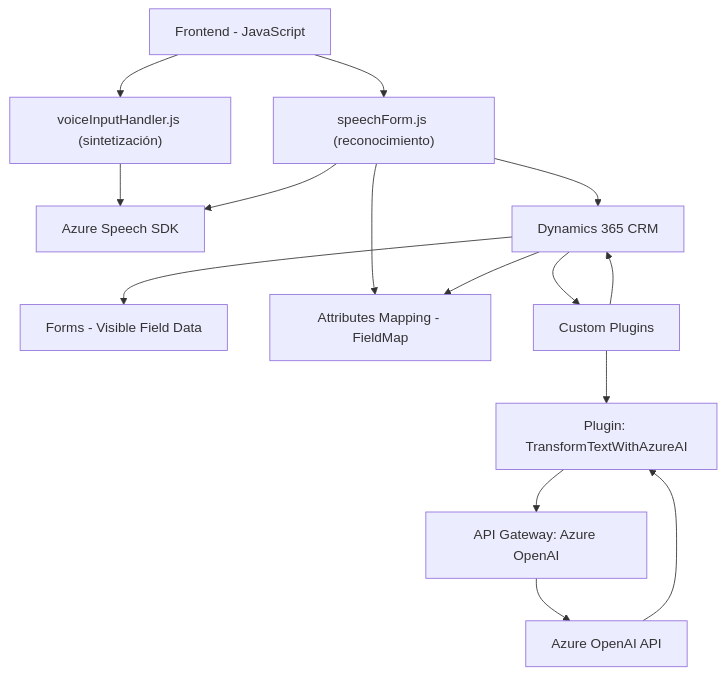
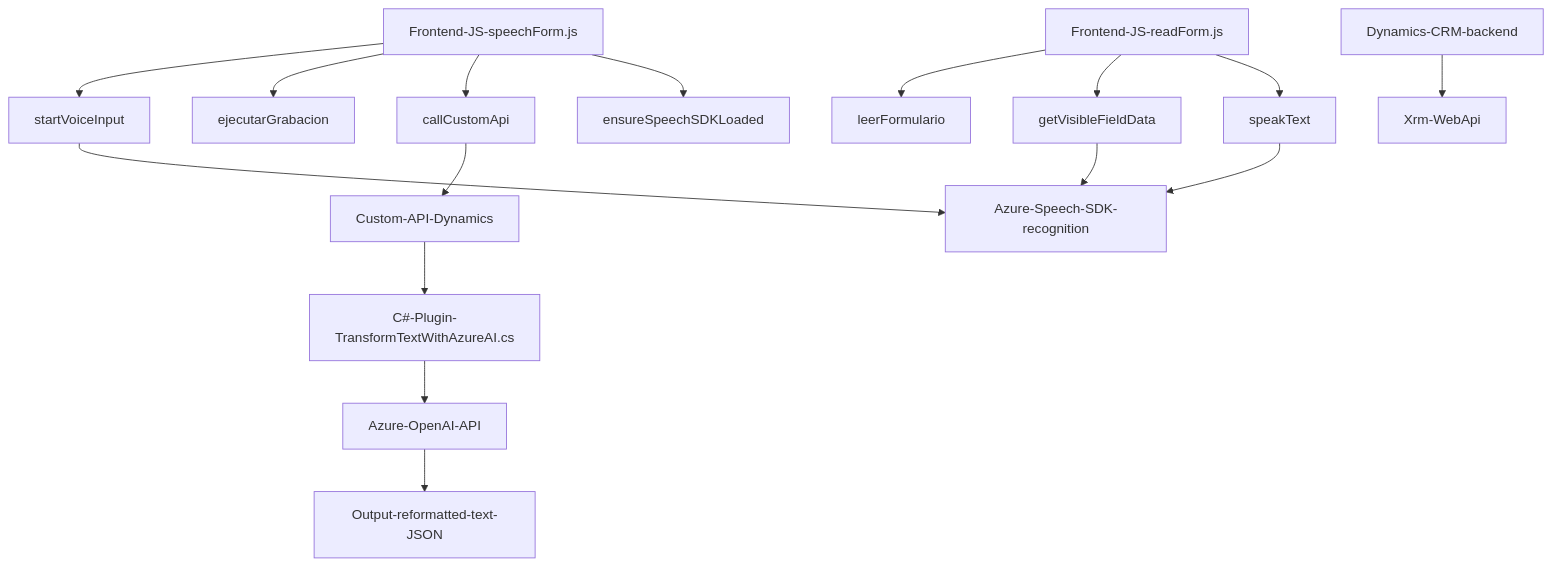
Before and after one commit to blopezdm/NETCORE_BILBAO2025: the diagram in README.md, drawn with Mermaid. The commit also changed other lines of this file, not shown here.

````diff
--- a/README.md
+++ b/README.md
@@ -47,26 +43,18 @@
 ```mermaid
 graph TD
-  A["Frontend - JavaScript"]
-  A1["voiceInputHandler.js (sintetización)"]
-  A2["speechForm.js (reconocimiento)"]
-  B["Azure Speech SDK"]
-  C["Dynamics 365 CRM"]
-  C1["Forms - Visible Field Data"]
-  C2["Attributes Mapping - FieldMap"]
-  D["Custom Plugins"]
-  D1["Plugin: TransformTextWithAzureAI"]
-  D2["API Gateway: Azure OpenAI"]
-  E["Azure OpenAI API"]
-
-  A --> A1
-  A --> A2
-  A1 --> B
-  A2 --> B
-  A2 --> C2
-  C --> C1
-  C --> C2
-  A2 --> C
-  C --> D --> D1 --> D2 --> E
-  D --> C
-  E --> D1
+    A["Frontend-JS-speechForm.js"] --> B["startVoiceInput"]
+    A --> C["ejecutarGrabacion"]
+    A --> D["callCustomApi"]
+    A --> E["ensureSpeechSDKLoaded"]
+    B --> F["Azure-Speech-SDK-recognition"]
+    D --> G["Custom-API-Dynamics"]
+    H["Frontend-JS-readForm.js"] --> I["leerFormulario"]
+    H --> J["getVisibleFieldData"]
+    H --> K["speakText"]
+    J --> F
+    K --> F
+    G --> L["C#-Plugin-TransformTextWithAzureAI.cs"]
+    L --> M["Azure-OpenAI-API"]
+    M --> N["Output-reformatted-text-JSON"]
+    O["Dynamics-CRM-backend"] --> P["Xrm-WebApi"]
 ```
````
